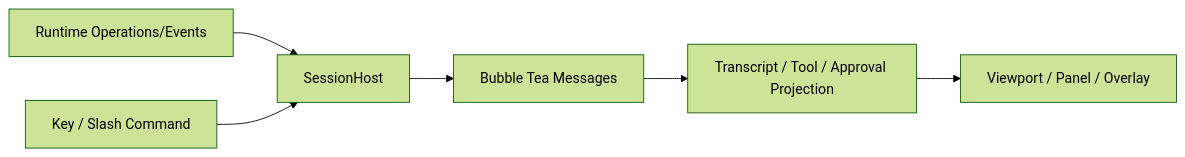
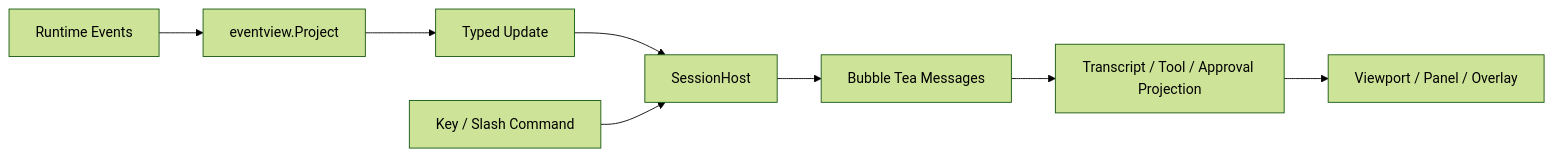
The diagram in docs/book/zh-CN/10-hosts-protocols/02-tui.md (fwtllh-png/CodeHelper), drawn with Mermaid (forest theme) before and after one commit. The commit also changed other lines of this file and 3 other files, not shown here.

Commit message:
docs(book): complete stage F host projection guidance

````diff
--- a/docs/book/zh-CN/10-hosts-protocols/02-tui.md
+++ b/docs/book/zh-CN/10-hosts-protocols/02-tui.md
@@ -34,8 +37,10 @@
 ```mermaid
 flowchart LR
-    R[Runtime Operations/Events] --> H[SessionHost]
+    R[Runtime Events] --> P[eventview.Project]
+    P --> U[Typed Update]
+    U --> H[SessionHost]
     H --> M[Bubble Tea Messages]
-    M --> P[Transcript / Tool / Approval Projection]
-    P --> V[Viewport / Panel / Overlay]
-    U[Key / Slash Command] --> H
+    M --> T[Transcript / Tool / Approval Projection]
+    T --> V[Viewport / Panel / Overlay]
+    K[Key / Slash Command] --> H
 ```
````
